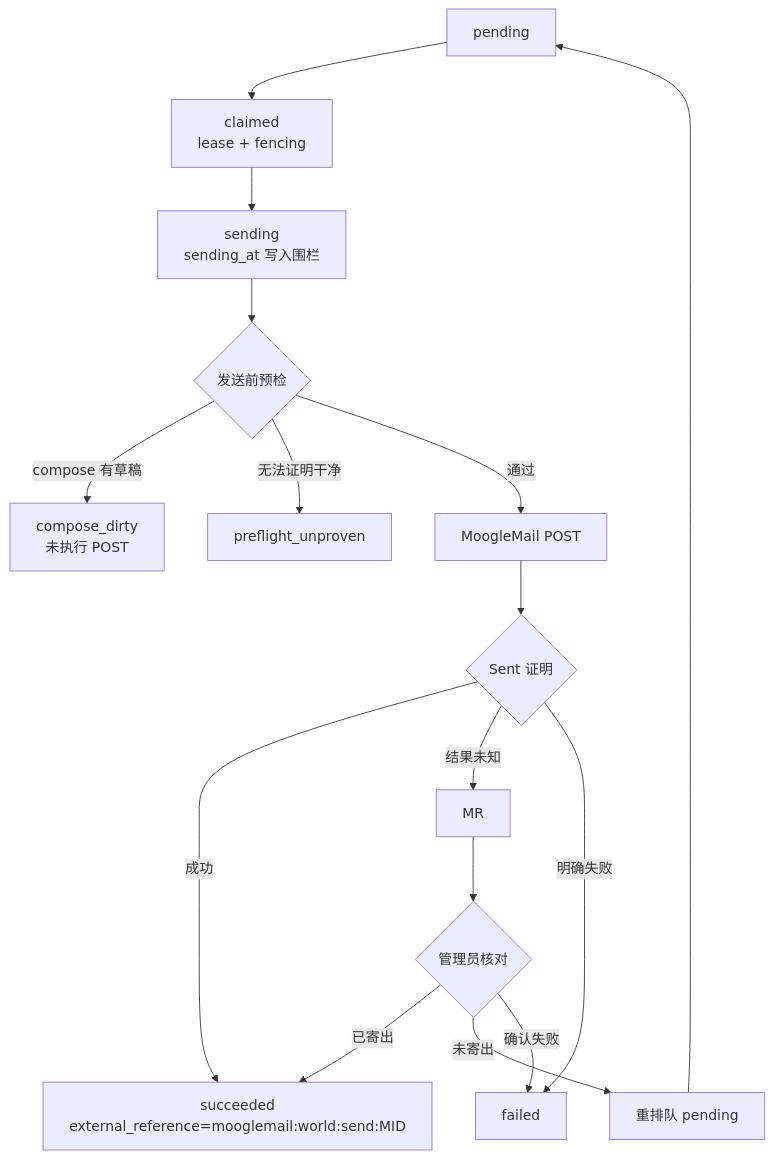
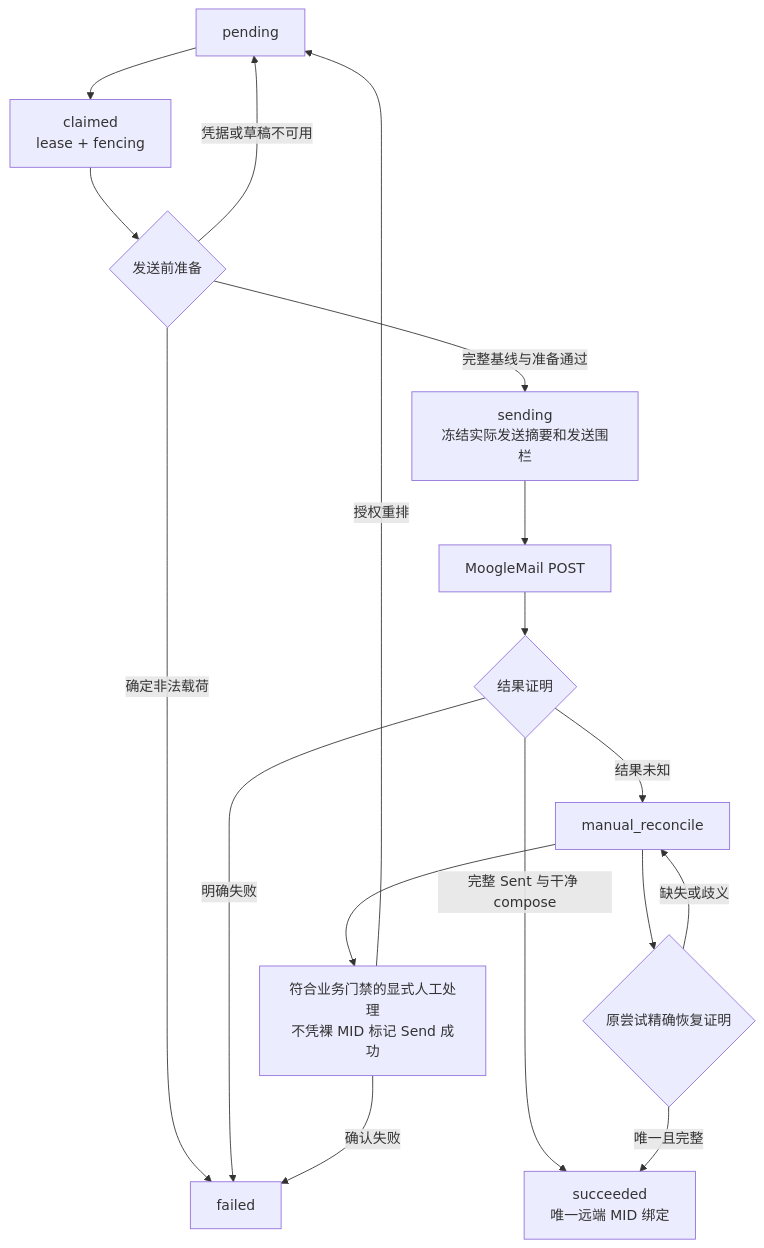
The fourth of 7 diagrams in docs/guide/mooglemail-flow.md (ngnlAYY/Auction), drawn with Mermaid before and after one commit. The commit also changed other lines of this file and 64 other files, not shown here.

````diff
--- a/docs/guide/mooglemail-flow.md
+++ b/docs/guide/mooglemail-flow.md
@@ -102,18 +102,19 @@
 ```mermaid
 flowchart TD
   P[pending] --> C[claimed<br/>lease + fencing]
-  C --> G[sending<br/>sending_at 写入围栏]
-  G --> V{发送前预检}
-  V -- compose 有草稿 --> CD[compose_dirty<br/>未执行 POST]
-  V -- 无法证明干净 --> PU[preflight_unproven]
-  V -- 通过 --> W[MoogleMail POST]
-  W --> S{Sent 证明}
-  S -- 成功 --> OK[succeeded<br/>external_reference=mooglemail:world:send:MID]
-  S -- 结果未知 --> MR
-  S -- 明确失败 --> F[failed]
-  MR --> AD{管理员核对}
-  AD -- 已寄出 --> OK
-  AD -- 未寄出 --> RETRY[重排队 pending]
+  C --> V{发送前准备}
+  V -- 凭据或草稿不可用 --> P
+  V -- 确定非法载荷 --> F[failed]
+  V -- 完整基线与准备通过 --> G[sending<br/>冻结实际发送摘要和发送围栏]
+  G --> W[MoogleMail POST]
+  W --> S{结果证明}
+  S -- 完整 Sent 与干净 compose --> OK[succeeded<br/>唯一远端 MID 绑定]
+  S -- 结果未知 --> MR[manual_reconcile]
+  S -- 明确失败 --> F
+  MR --> R{原尝试精确恢复证明}
+  R -- 唯一且完整 --> OK
+  R -- 缺失或歧义 --> MR
+  MR --> AD[符合业务门禁的显式人工处理<br/>不凭裸 MID 标记 Send 成功]
+  AD -- 授权重排 --> P
   AD -- 确认失败 --> F
-  RETRY --> P
 ```
````
